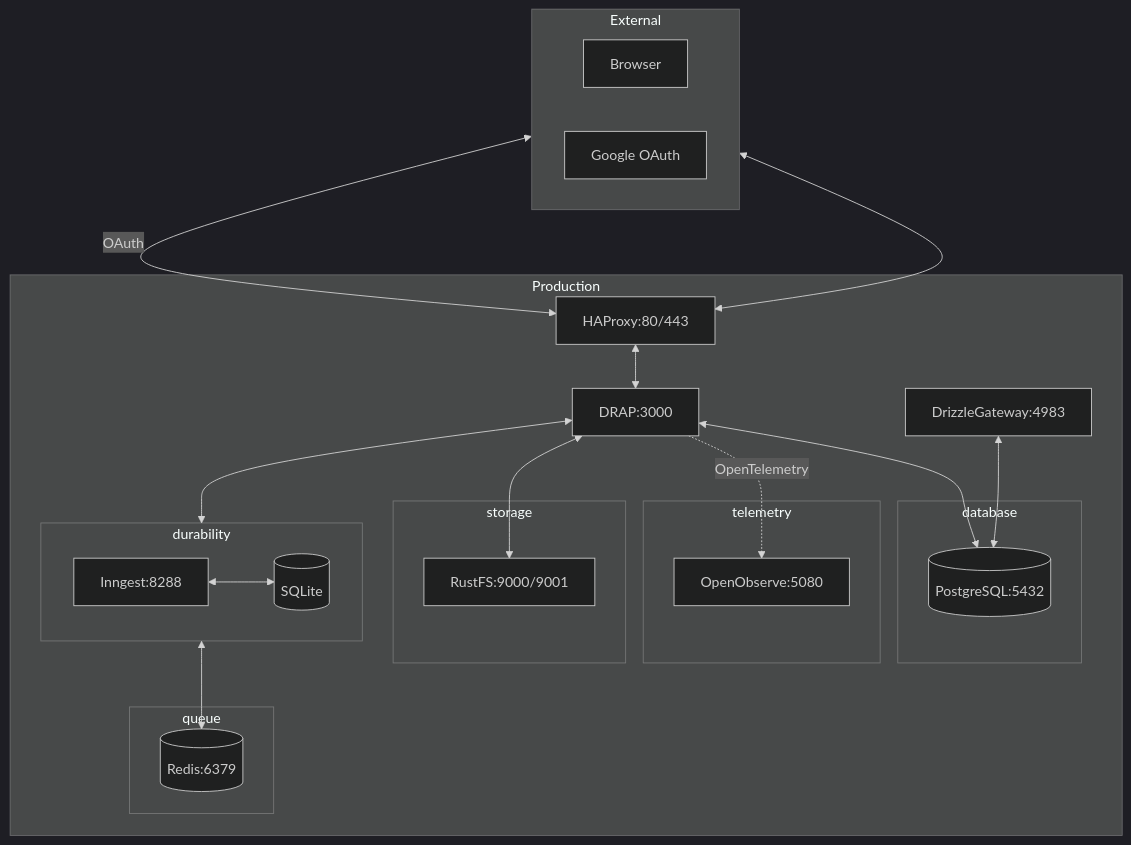
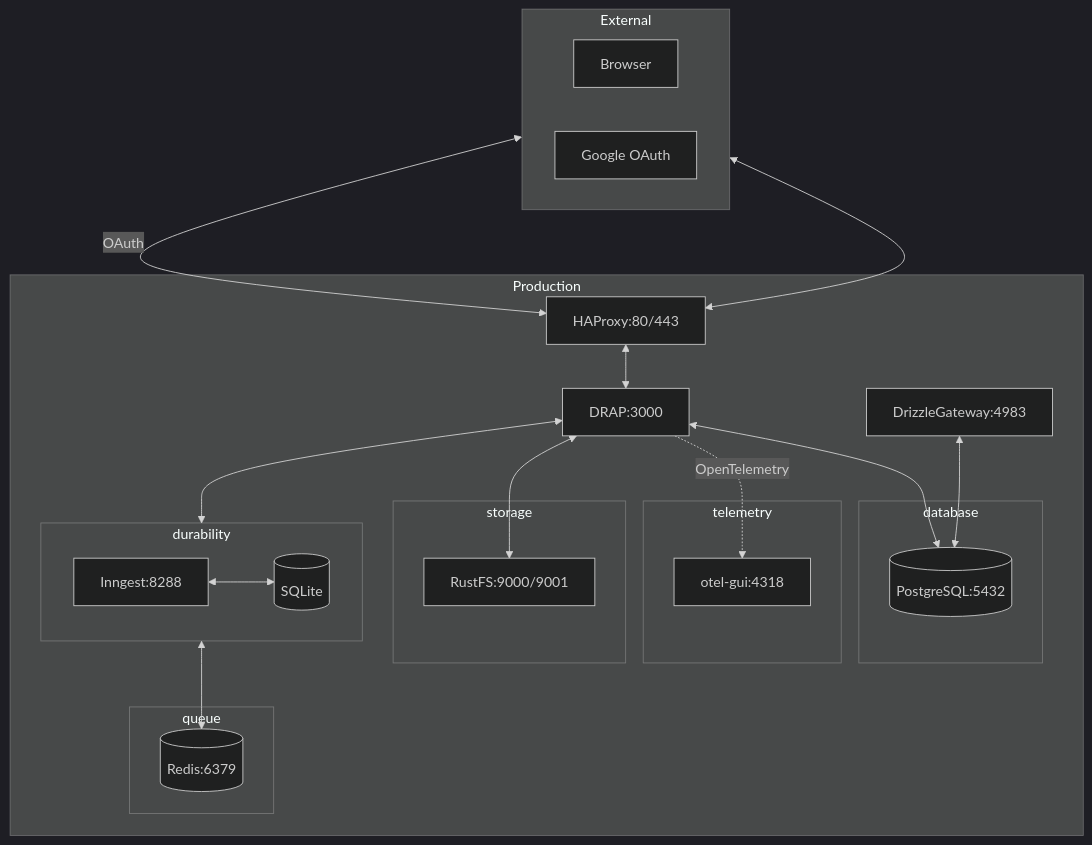
The first of 2 diagrams in README.md (BastiDood/drap), drawn with Mermaid (dark theme) before and after one commit. The commit also changed other lines of this file and 7 other files, not shown here.

Commit message:
chore(docker): migrate to `otel-gui` over OpenObserve

````diff
--- a/README.md
+++ b/README.md
@@ -23,48 +23,48 @@
 ```mermaid
 flowchart TD
     subgraph External
         direction LR
         User[Browser]
         Google[Google OAuth]
     end
 
     subgraph Production
         HAProxy[HAProxy:80/443]
         SvelteKit[DRAP:3000]
 
         Drizzle[DrizzleGateway:4983]
 
         subgraph database [database]
             Postgres[(PostgreSQL:5432)]
         end
 
         subgraph durability [durability]
             direction LR
             Inngest[Inngest:8288]
             SQLite[(SQLite)]
         end
 
         subgraph queue [queue]
             Redis[(Redis:6379)]
         end
 
         subgraph telemetry [telemetry]
-            O2[OpenObserve:5080]
+            OtelGui[otel-gui:4318]
         end
 
         subgraph storage [storage]
             RustFS[RustFS:9000/9001]
         end
     end
 
     User <--> HAProxy
     HAProxy <--> SvelteKit
     Google <-->|OAuth| HAProxy
     SvelteKit <--> Postgres
     SvelteKit <--> Inngest
-    SvelteKit -.->|OpenTelemetry| O2
+    SvelteKit -.->|OpenTelemetry| OtelGui
     Inngest <--> Redis
     Inngest <--> SQLite
     SvelteKit <--> RustFS
     Drizzle <--> Postgres
 ```
````
